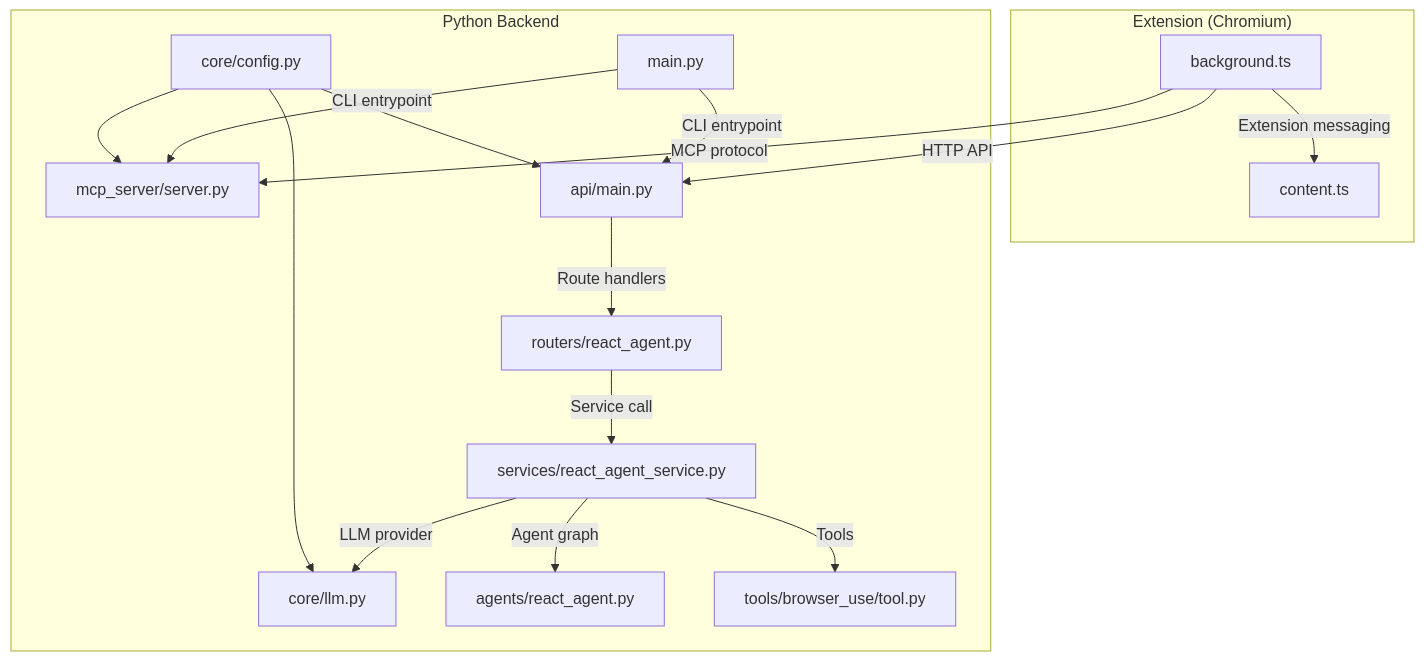
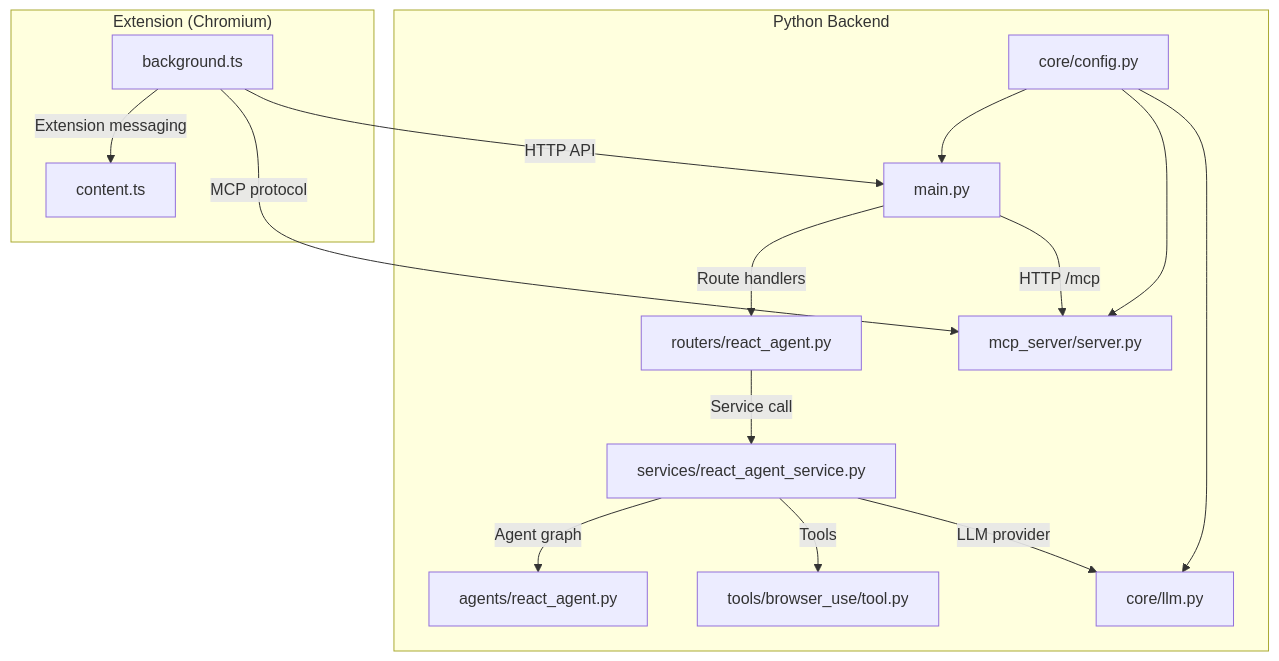
One commit to tashifkhan/tashif.codes changed the first of 9 diagrams in src/data/docs/agentic-browser/System Architecture/System Architecture.md. Above: the diagram before and after it, drawn with Mermaid. The commit also changed other lines of this file and 2128 other files, not shown here.

First line of the commit message:
docs: replace raster diagram images with native Mermaid across project guides

````diff
--- a/src/data/docs/agentic-browser/System Architecture/System Architecture.md
+++ b/src/data/docs/agentic-browser/System Architecture/System Architecture.md
@@ -16,31 +16,29 @@
 ```mermaid
 graph TB
 subgraph "Extension (Chromium)"
 BG["background.ts"]
 CT["content.ts"]
 end
 subgraph "Python Backend"
 MAIN["main.py"]
 MCP["mcp_server/server.py"]
-API["api/main.py"]
 CFG["core/config.py"]
 LLM["core/llm.py"]
 SRV_REACT["services/react_agent_service.py"]
 AG_REACT["agents/react_agent.py"]
 TOOL_BROWSER["tools/browser_use/tool.py"]
 ROUTER_REACT["routers/react_agent.py"]
 end
 BG --> |"Extension messaging"| CT
 BG --> |"MCP protocol"| MCP
-BG --> |"HTTP API"| API
-API --> |"Route handlers"| ROUTER_REACT
+BG --> |"HTTP API"| MAIN
+MAIN --> |"Route handlers"| ROUTER_REACT
 ROUTER_REACT --> |"Service call"| SRV_REACT
 SRV_REACT --> |"Agent graph"| AG_REACT
 SRV_REACT --> |"Tools"| TOOL_BROWSER
 SRV_REACT --> |"LLM provider"| LLM
-MAIN --> |"CLI entrypoint"| MCP
-MAIN --> |"CLI entrypoint"| API
-CFG --> API
+MAIN --> |"HTTP /mcp"| MCP
+CFG --> MAIN
 CFG --> MCP
 CFG --> LLM
 ```
````
